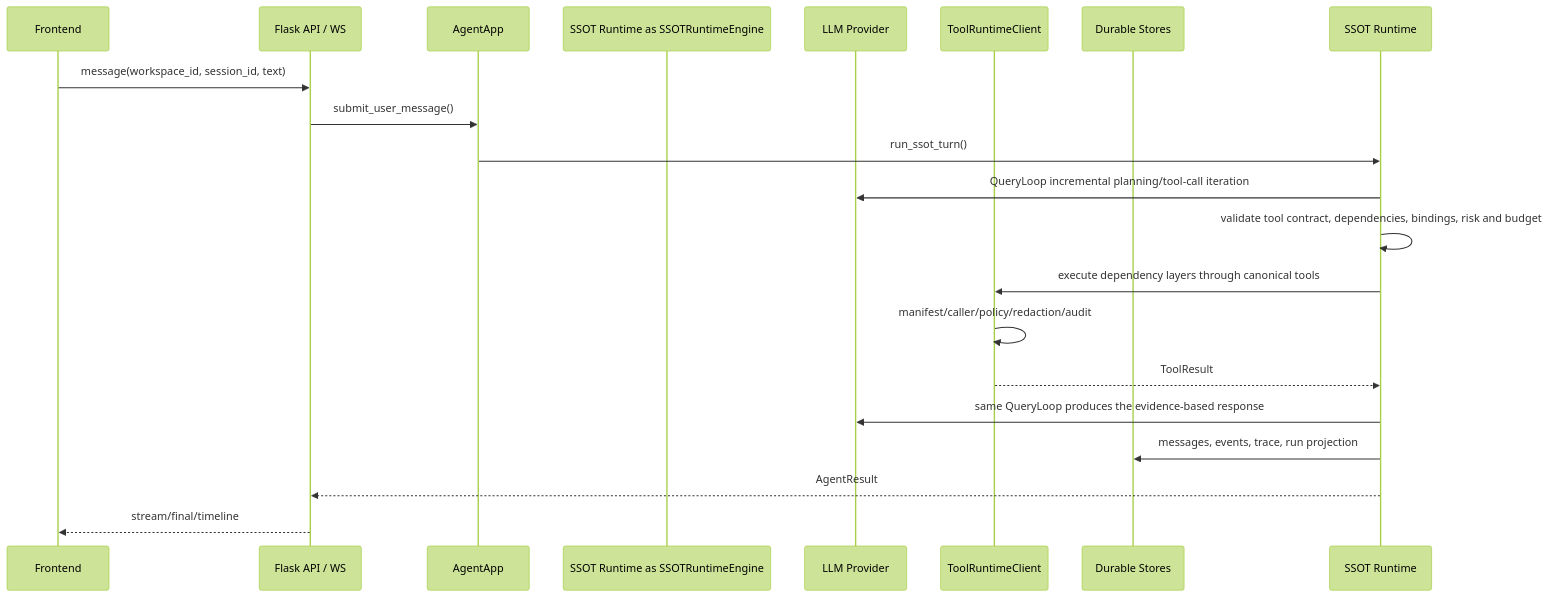
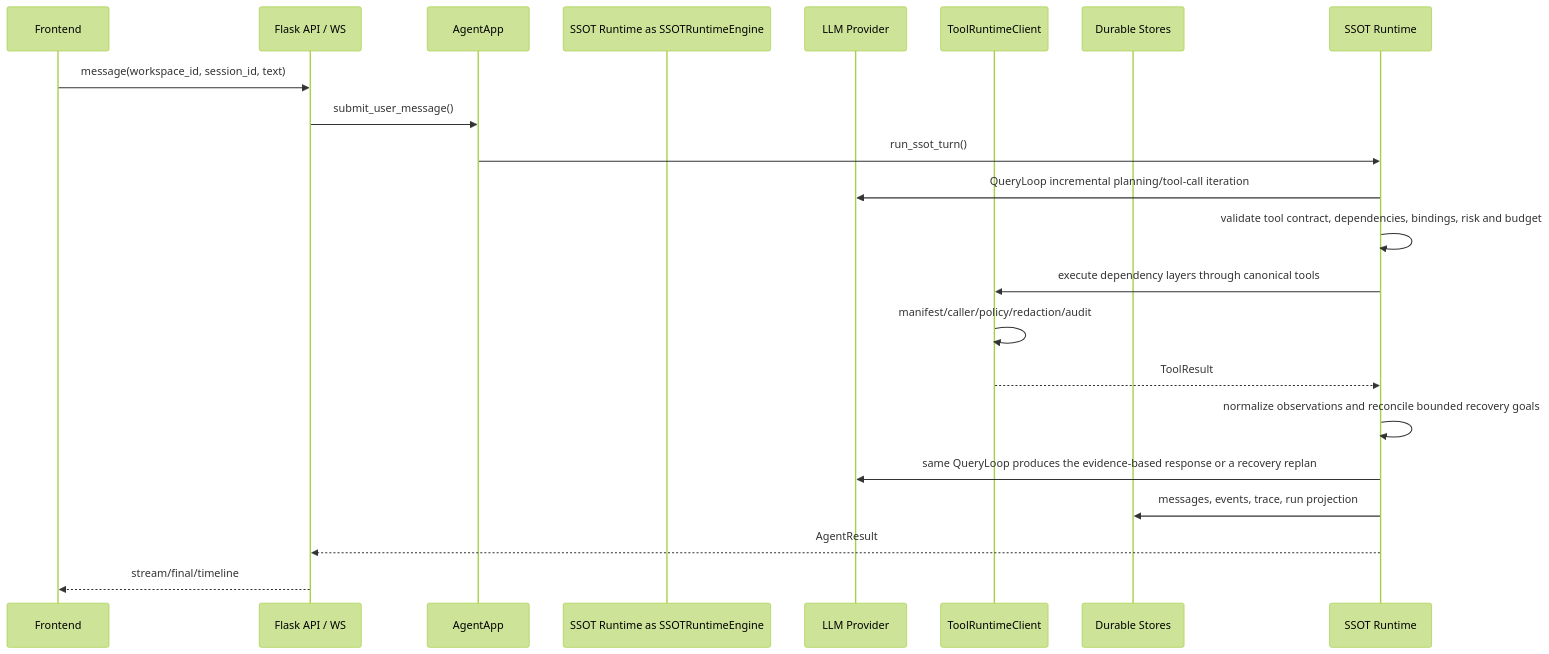
The diagram in DESIGN.md (zhangh05/agent_platform_base), drawn with Mermaid (forest theme) before and after one commit. The commit also changed other lines of this file and 20 other files, not shown here.

````diff
--- a/DESIGN.md
+++ b/DESIGN.md
@@ -17,23 +17,24 @@
 ```mermaid
 sequenceDiagram
   participant UI as Frontend
   participant API as Flask API / WS
   participant App as AgentApp
   participant SSOT Runtime as SSOTRuntimeEngine
   participant LLM as LLM Provider
   participant Tools as ToolRuntimeClient
   participant Store as Durable Stores
 
   UI->>API: message(workspace_id, session_id, text)
   API->>App: submit_user_message()
   App->>SSOT Runtime: run_ssot_turn()
   SSOT Runtime->>LLM: QueryLoop incremental planning/tool-call iteration
   SSOT Runtime->>SSOT Runtime: validate tool contract, dependencies, bindings, risk and budget
   SSOT Runtime->>Tools: execute dependency layers through canonical tools
   Tools->>Tools: manifest/caller/policy/redaction/audit
   Tools-->>SSOT Runtime: ToolResult
-  SSOT Runtime->>LLM: same QueryLoop produces the evidence-based response
+  SSOT Runtime->>SSOT Runtime: normalize observations and reconcile bounded recovery goals
+  SSOT Runtime->>LLM: same QueryLoop produces the evidence-based response or a recovery replan
   SSOT Runtime->>Store: messages, events, trace, run projection
   SSOT Runtime-->>API: AgentResult
   API-->>UI: stream/final/timeline
 ```
````
